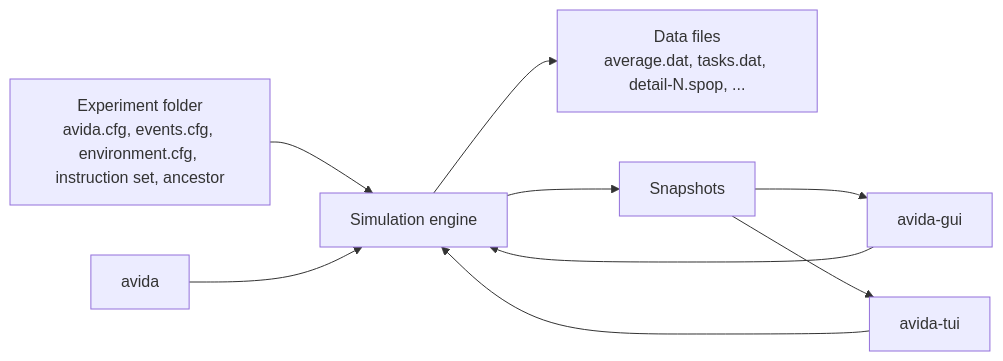
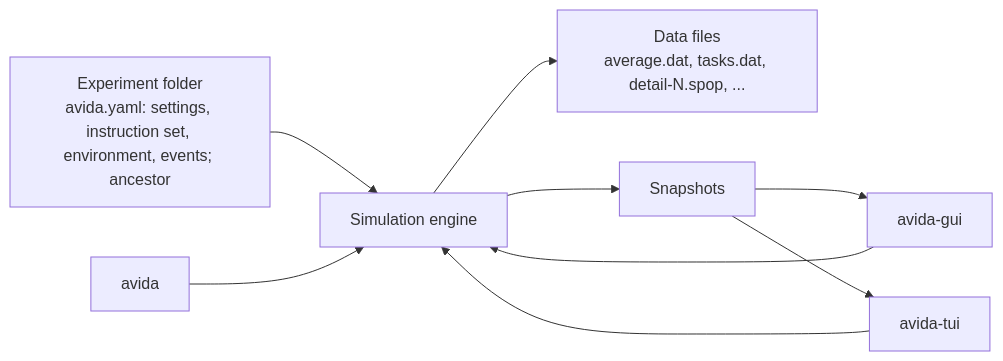
The diagram in docs/front-ends/index.md (gedejong/avida-rs), drawn with Mermaid before and after one commit. The commit also changed 1130 other files, not shown here.

First line of the commit message:
Move the crate tests, front ends and docs to avida.yaml; drop the old readers

````diff
--- a/docs/front-ends/index.md
+++ b/docs/front-ends/index.md
@@ -13,11 +13,11 @@
 ```mermaid
 flowchart LR
-  cfg[Experiment folder<br>avida.cfg, events.cfg, environment.cfg, instruction set, ancestor] --> core[Simulation engine]
+  cfg[Experiment folder<br>avida.yaml: settings, instruction set, environment, events; ancestor] --> core[Simulation engine]
   core --> files[Data files<br>average.dat, tasks.dat, detail-N.spop, ...]
   core --> snap[Snapshots]
   snap --> gui[avida-gui]
   snap --> tui[avida-tui]
   cli[avida] --> core
   gui --> core
   tui --> core
 ```
````
